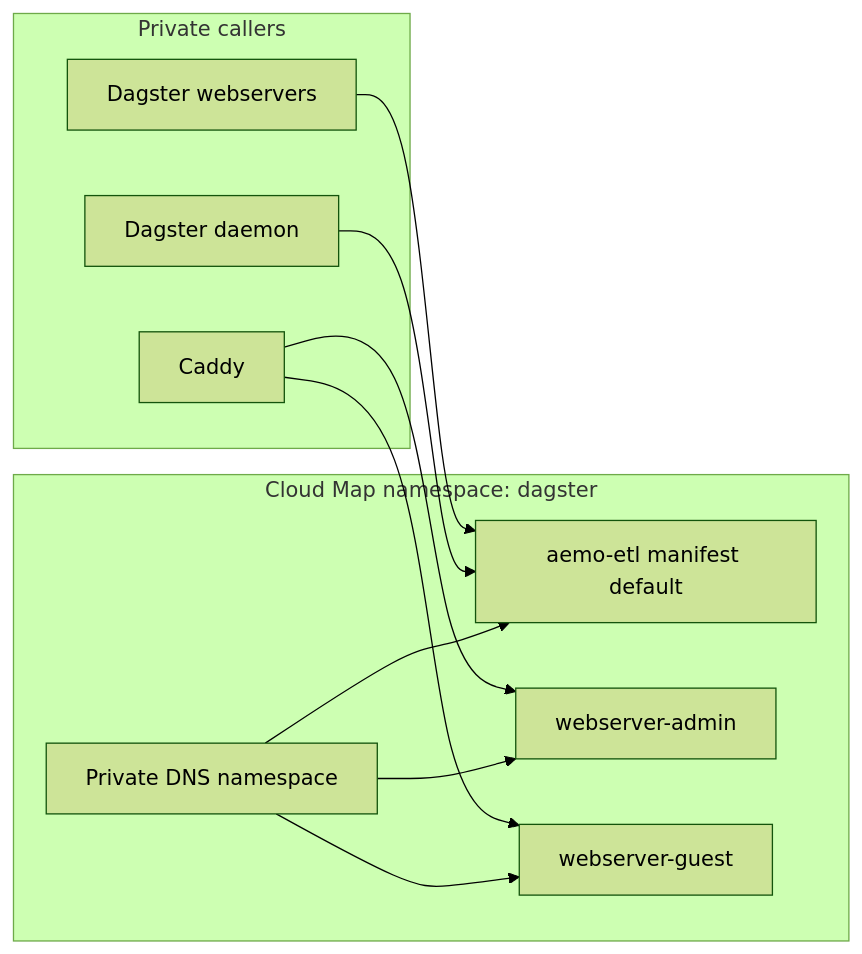
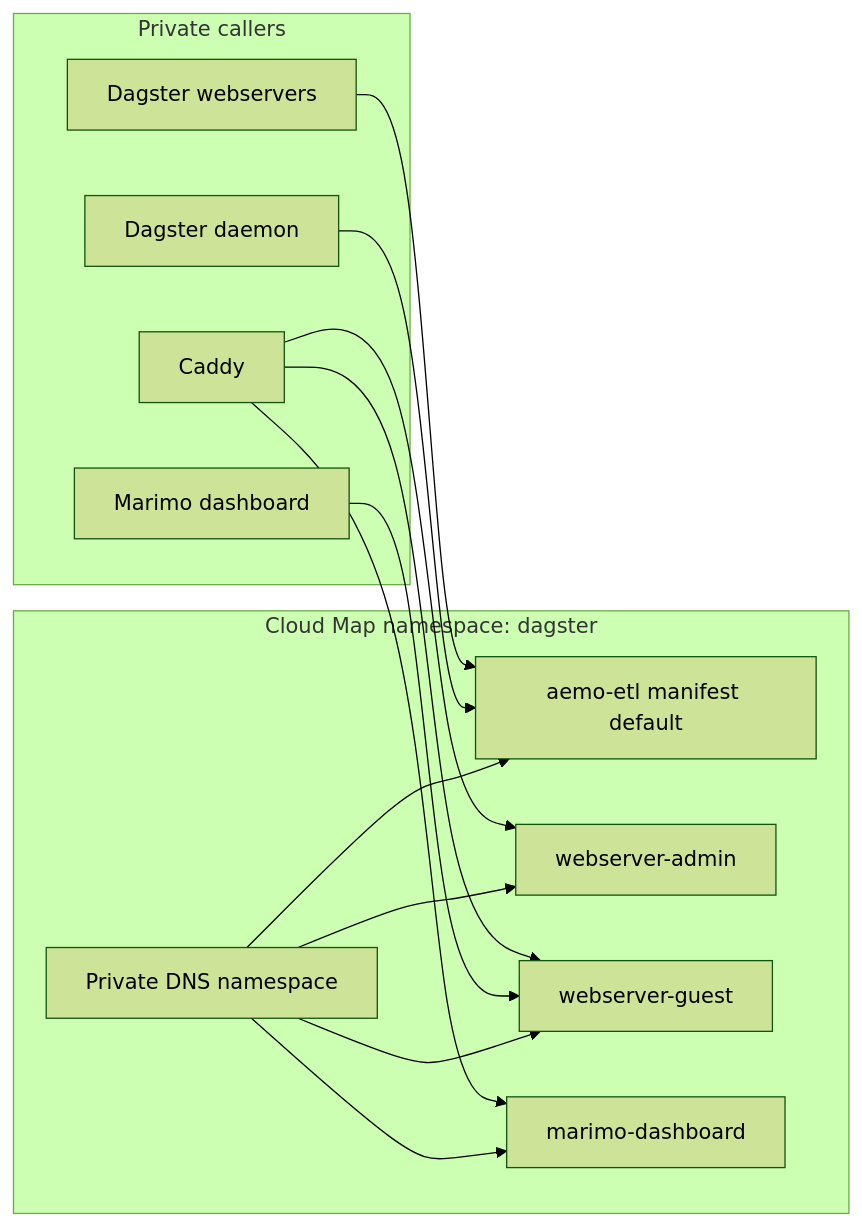
One commit to Chr1sC0de/energy-market-delta-lake changed the second of 2 diagrams in infrastructure/aws-pulumi/docs/identity-and-discovery.md. Above: the diagram before and after it, drawn with Mermaid (forest theme). The commit also changed other lines of this file and 44 other files, not shown here.

Commit message:
Deploy Marimo dashboard on AWS

````diff
--- a/infrastructure/aws-pulumi/docs/identity-and-discovery.md
+++ b/infrastructure/aws-pulumi/docs/identity-and-discovery.md
@@ -72,23 +79,28 @@
 ```mermaid
 flowchart LR
     subgraph CloudMap[Cloud Map namespace: dagster]
         NAMESPACE[Private DNS namespace]
         UCODE[aemo-etl manifest default]
         ADMIN[webserver-admin]
         GUEST[webserver-guest]
+        MARIMO[marimo-dashboard]
     end
 
     subgraph Callers[Private callers]
         CADDY[Caddy]
+        MARIMOHOST[Marimo dashboard]
         WEB[Dagster webservers]
         DAEMON[Dagster daemon]
     end
 
     WEB --> UCODE
     DAEMON --> UCODE
     CADDY --> ADMIN
     CADDY --> GUEST
+    CADDY --> MARIMO
+    MARIMOHOST --> GUEST
     NAMESPACE --> UCODE
     NAMESPACE --> ADMIN
     NAMESPACE --> GUEST
+    NAMESPACE --> MARIMO
 ```
````
